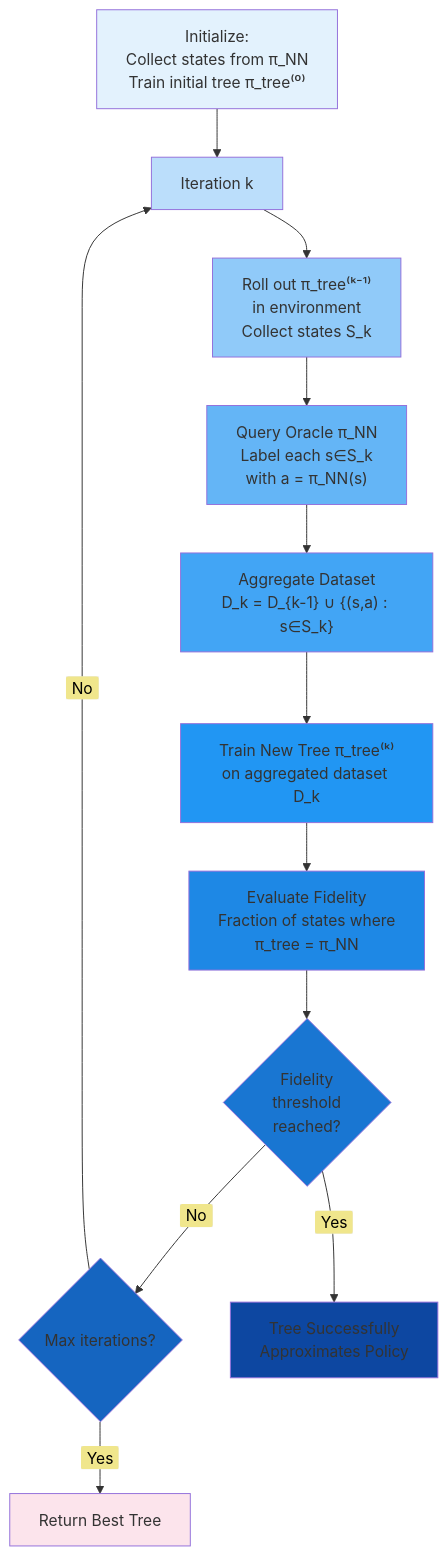
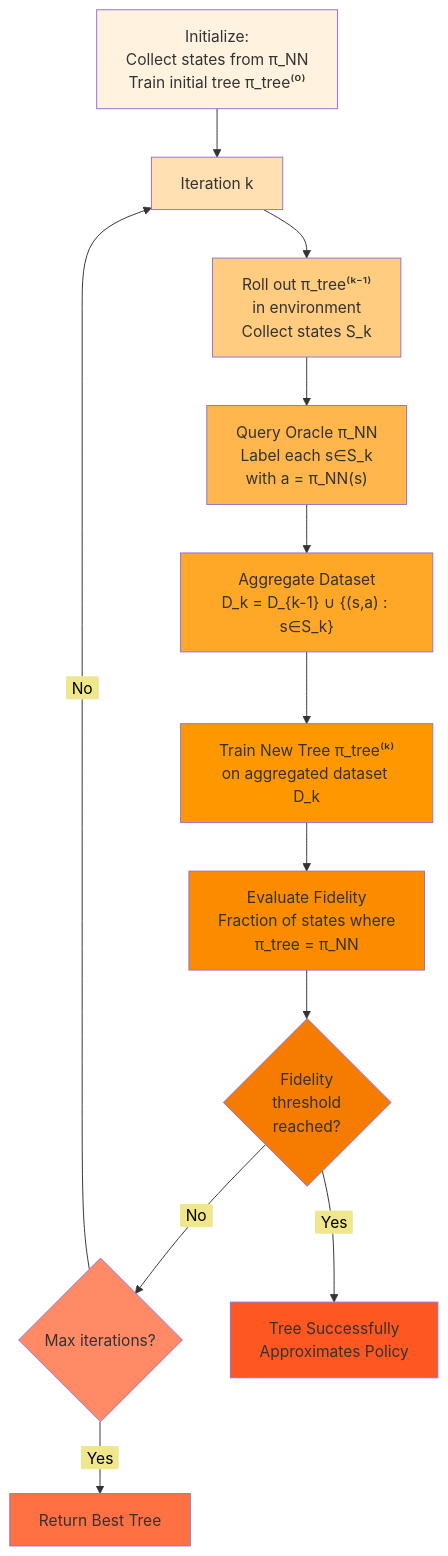
One commit to Chaklader/DPRL-Value-based-methods changed the ninth of 11 diagrams in C_7.md. Above: the diagram before and after it, drawn with Mermaid. The commit also changed other lines of this file, not shown here.

````diff
--- a/C_7.md
+++ b/C_7.md
@@ -2174,34 +2174,34 @@
 ```mermaid
 flowchart TD
     A["Initialize:<br>Collect states from π_NN<br>Train initial tree π_tree⁽⁰⁾"] --> B["Iteration k"]
 
     B --> C["Roll out π_tree⁽ᵏ⁻¹⁾<br>in environment<br>Collect states S_k"]
 
     C --> D["Query Oracle π_NN<br>Label each s∈S_k<br>with a = π_NN(s)"]
 
     D --> E["Aggregate Dataset<br>D_k = D_{k-1} ∪ {(s,a) : s∈S_k}"]
 
     E --> F["Train New Tree π_tree⁽ᵏ⁾<br>on aggregated dataset D_k"]
 
     F --> G["Evaluate Fidelity<br>Fraction of states where<br>π_tree = π_NN"]
 
     G --> H{"Fidelity<br>threshold<br>reached?"}
 
     H -->|<span style='background-color:khaki; color:black; padding:2px 6px; border-radius:3px'>No</span>| I{"Max iterations?"}
     I -->|<span style='background-color:khaki; color:black; padding:2px 6px; border-radius:3px'>No</span>| B
     I -->|<span style='background-color:khaki; color:black; padding:2px 6px; border-radius:3px'>Yes</span>| J["Return Best Tree"]
 
     H -->|<span style='background-color:khaki; color:black; padding:2px 6px; border-radius:3px'>Yes</span>| K["Tree Successfully<br>Approximates Policy"]
 
-    style A fill:#E3F2FD
-    style B fill:#BBDEFB
-    style C fill:#90CAF9
-    style D fill:#64B5F6
-    style E fill:#42A5F5
-    style F fill:#2196F3
-    style G fill:#1E88E5
-    style H fill:#1976D2
-    style I fill:#1565C0
-    style J fill:#FCE4EC
-    style K fill:#0D47A1
+style A fill:#FFF3E0
+style B fill:#FFE0B2
+style C fill:#FFCC80
+style D fill:#FFB74D
+style E fill:#FFA726
+style F fill:#FF9800
+style G fill:#FB8C00
+style H fill:#F57C00
+style I fill:#FF8A65
+style J fill:#FF7043
+style K fill:#FF5722
 ```
````
